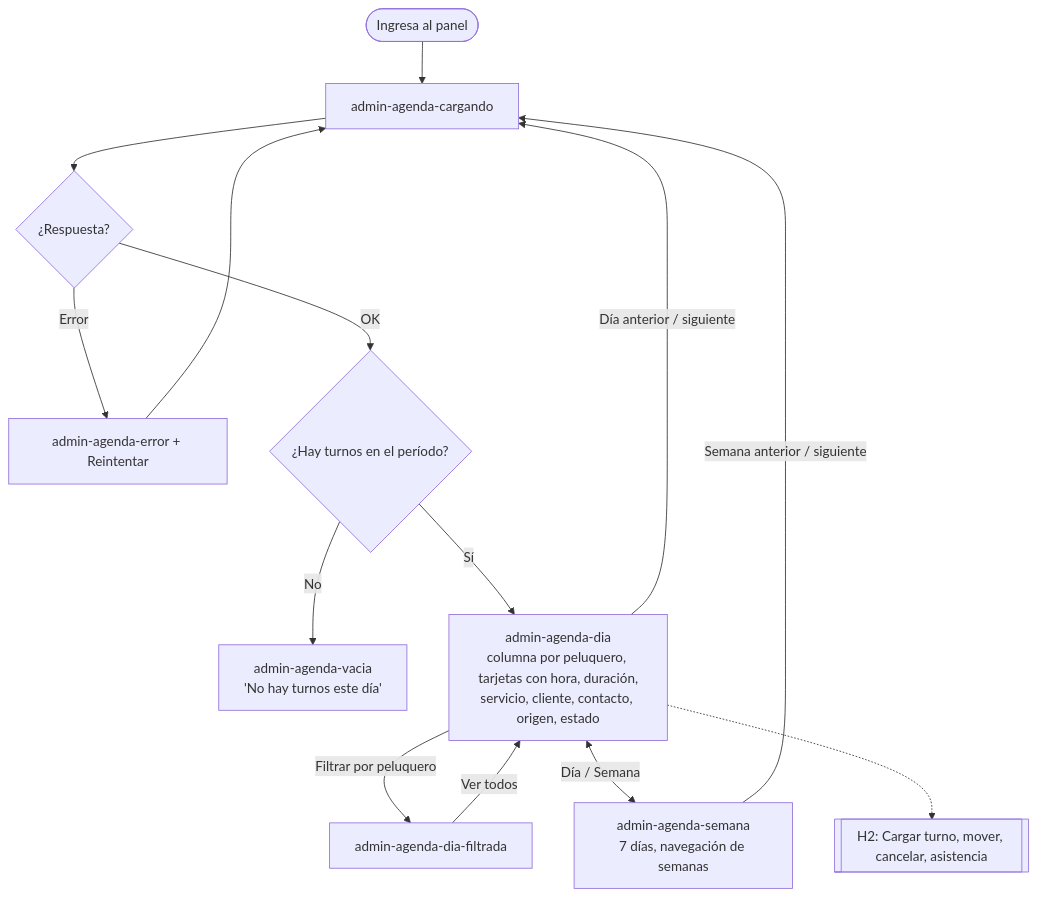
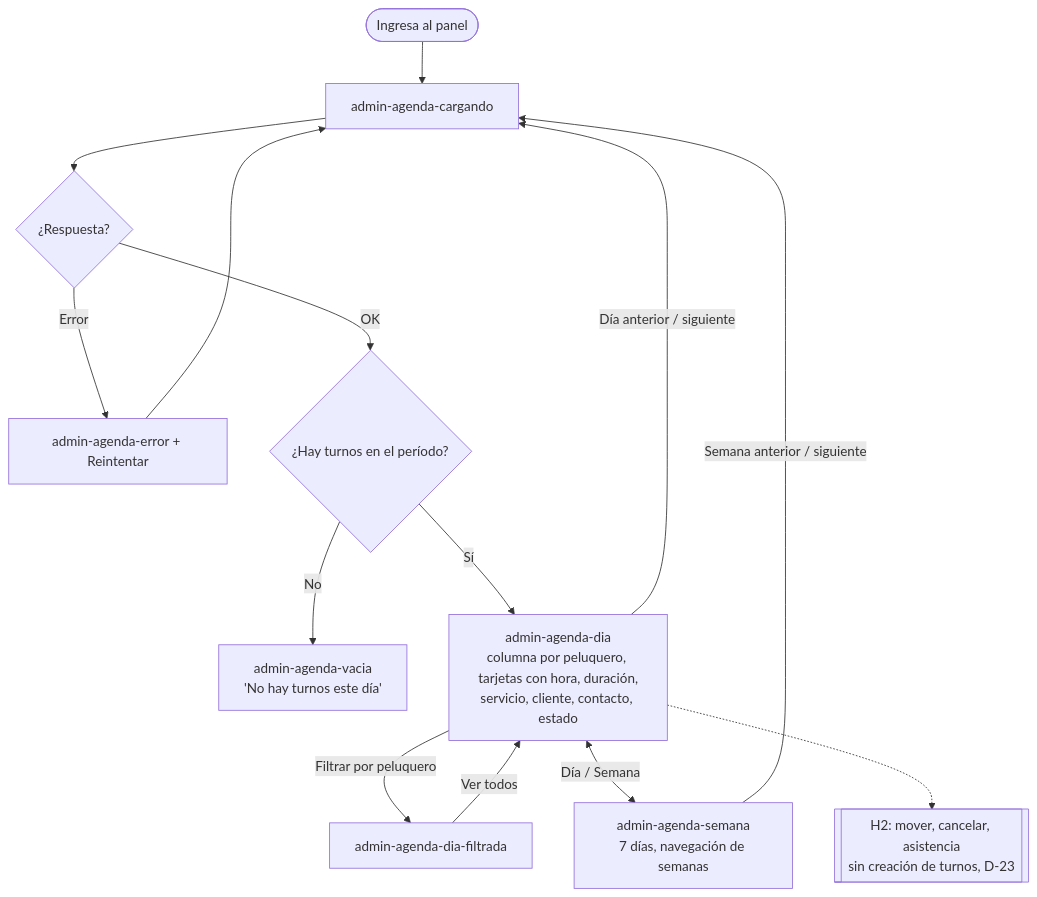
One commit to gm2dev/coop-agents-design changed the tenth of 11 diagrams in initiatives/turnos-peluqueria-mvp/flows.md. Above: the diagram before and after it, drawn with Mermaid. The commit also changed other lines of this file and 49 other files, not shown here.

````diff
--- a/initiatives/turnos-peluqueria-mvp/flows.md
+++ b/initiatives/turnos-peluqueria-mvp/flows.md
@@ -172,15 +172,15 @@
 ```mermaid
 flowchart TD
   in([Ingresa al panel]) --> load[admin-agenda-cargando] --> r{¿Respuesta?}
   r -->|Error| err[admin-agenda-error + Reintentar]
   err --> load
   r -->|OK| d{¿Hay turnos en el período?}
   d -->|No| empty[admin-agenda-vacia<br/>'No hay turnos este día']
-  d -->|Sí| day[admin-agenda-dia<br/>columna por peluquero, tarjetas con hora, duración,<br/>servicio, cliente, contacto, origen, estado]
+  d -->|Sí| day[admin-agenda-dia<br/>columna por peluquero, tarjetas con hora, duración,<br/>servicio, cliente, contacto, estado]
   day -->|Filtrar por peluquero| f[admin-agenda-dia-filtrada]
   f -->|Ver todos| day
   day <-->|Día / Semana| wk[admin-agenda-semana<br/>7 días, navegación de semanas]
   day -->|Día anterior / siguiente| load
   wk -->|Semana anterior / siguiente| load
-  day -.-> h2[[H2: Cargar turno, mover, cancelar, asistencia]]
+  day -.-> h2[[H2: mover, cancelar, asistencia<br/>sin creación de turnos, D-23]]
 ```
````
